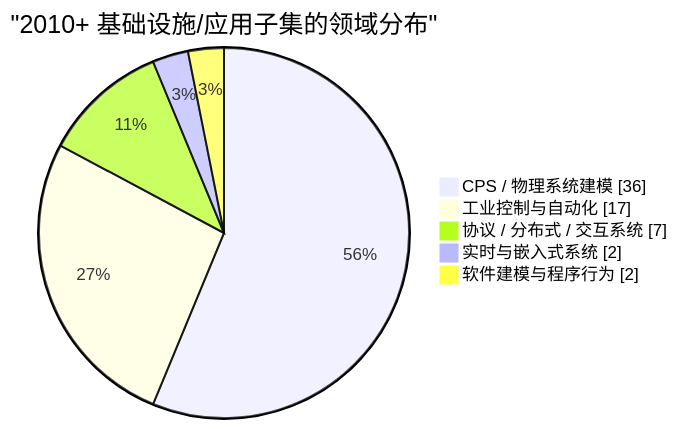
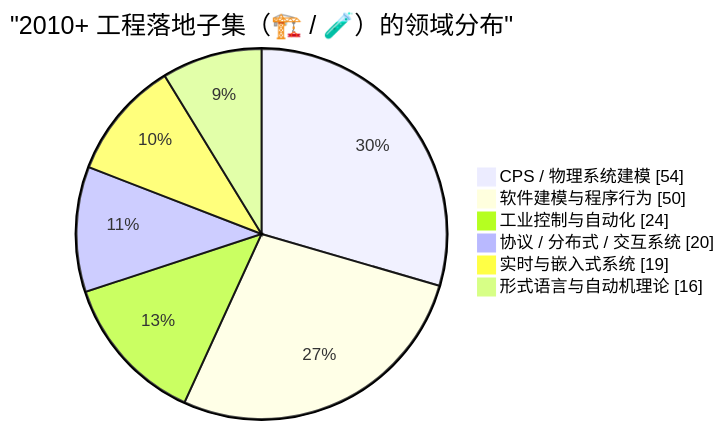
One commit to HansBug/research_ideas changed diagram 13 of 15 in project_1_llm_state_machine_modeling/discussions/2026-04-06-02-10-04-AI-讨论-状态机主要类型详细综述-历史沿革与近年趋势.md. Above: the diagram before and after it, drawn with Mermaid. The commit also changed other lines of this file, not shown here.

````diff
--- a/project_1_llm_state_machine_modeling/discussions/2026-04-06-02-10-04-AI-讨论-状态机主要类型详细综述-历史沿革与近年趋势.md
+++ b/project_1_llm_state_machine_modeling/discussions/2026-04-06-02-10-04-AI-讨论-状态机主要类型详细综述-历史沿革与近年趋势.md
@@ -964,9 +1002,10 @@
 ```mermaid
 pie showData
-    title "2010+ 基础设施/应用子集的领域分布"
-    "CPS / 物理系统建模" : 36
-    "工业控制与自动化" : 17
-    "协议 / 分布式 / 交互系统" : 7
-    "实时与嵌入式系统" : 2
-    "软件建模与程序行为" : 2
+    title "2010+ 工程落地子集（🏗️ / 🧪）的领域分布"
+    "CPS / 物理系统建模" : 54
+    "软件建模与程序行为" : 50
+    "工业控制与自动化" : 24
+    "协议 / 分布式 / 交互系统" : 20
+    "实时与嵌入式系统" : 19
+    "形式语言与自动机理论" : 16
 ```
````
